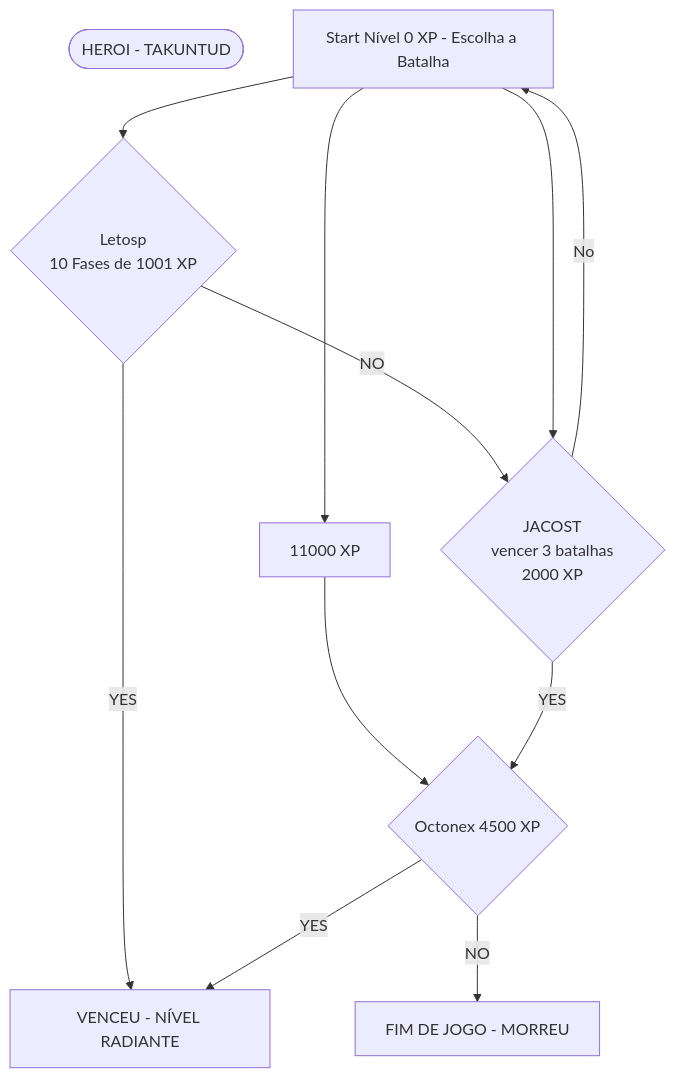
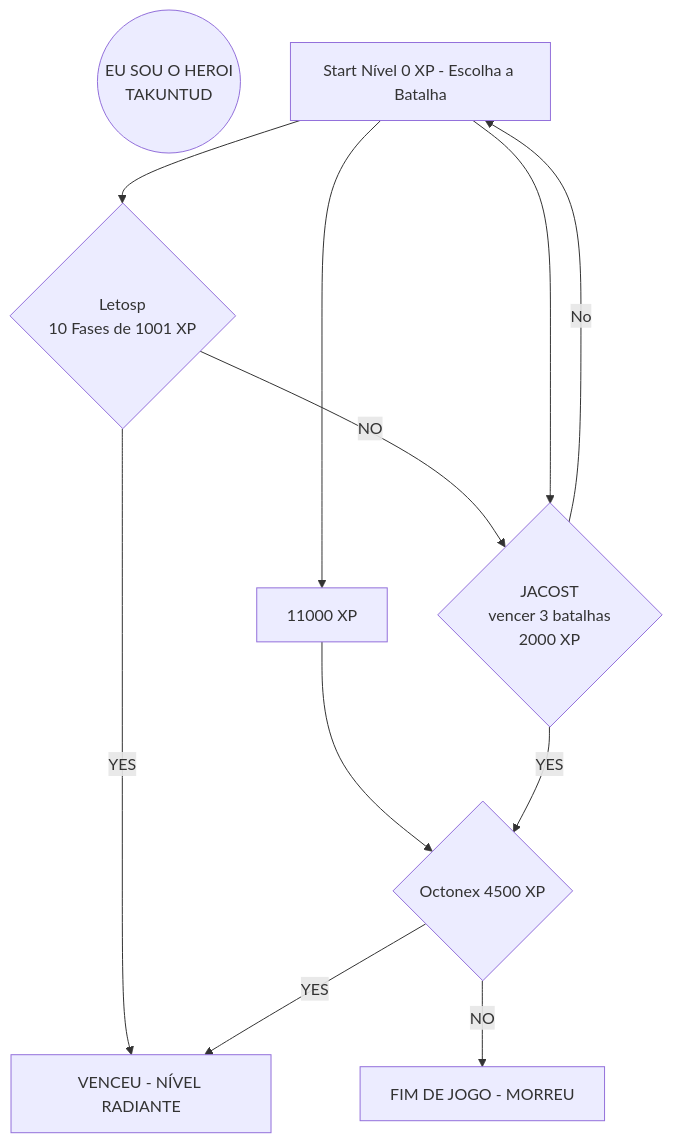
The second of 2 diagrams in README.md (sezarprog/desafio-nivel-heroi), drawn with Mermaid before and after one commit.

````diff
--- a/README.md
+++ b/README.md
@@ -14,23 +14,24 @@
 ```mermaid
 flowchart TD;
-    Z([HEROI - TAKUNTUD]);
+    Z((EU SOU O HEROI 
+TAKUNTUD));
     A[Start Nível 0 XP - Escolha a Batalha]
-    A --> B{Letosp👾
+    A --> B{Letosp
  10 Fases de 1001 xp} -- YES --> H[VENCEU - NÍVEL RADIANTE];
     A --> X[11000 XP] --> G
 B{Letosp 
  10 Fases de 1001 XP} -- NO --> C{JACOST
  vencer 3 batalhas
  2000XP };
     A --> C{JACOST
  vencer 3 batalhas
  2000 XP };
    C{JACOST
  vencer 3 batalhas
  2000 XP } -- No --> A;
      C{JACOST
  vencer 3 batalhas 
 2000 XP } -- YES--> G{Octonex  4500 XP};
     G -- YES --> H[VENCEU - NÍVEL RADIANTE];
     G -- NO --> J[FIM DE JOGO - MORREU];
 ```  
````
